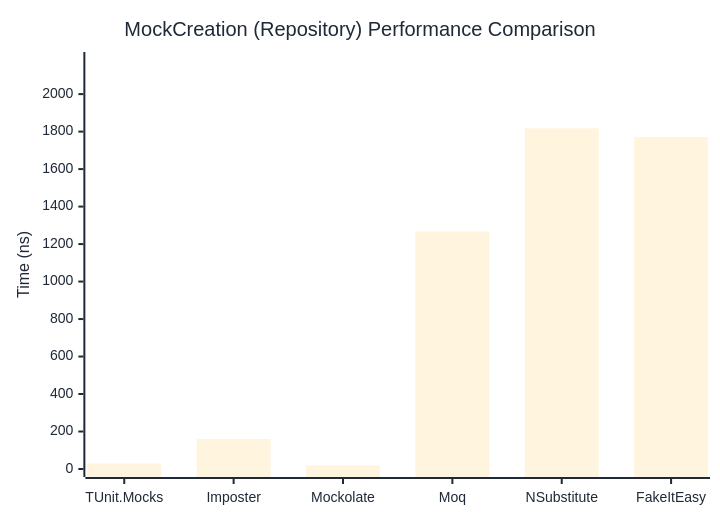
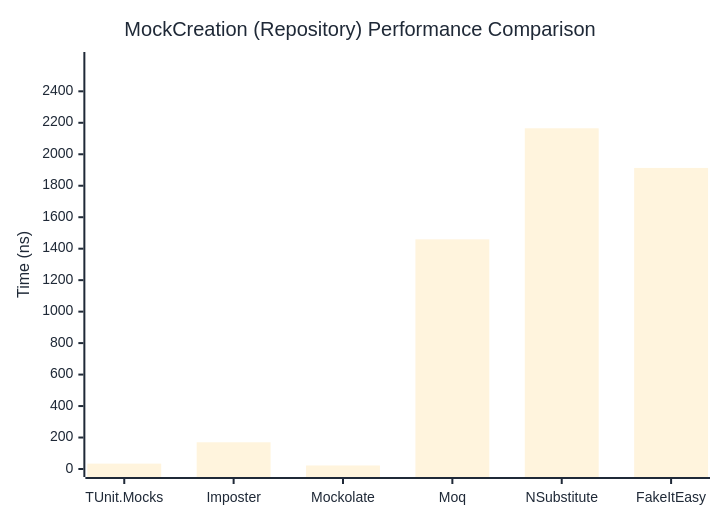
The second of 2 diagrams in docs/docs/benchmarks/mocks/MockCreation.md (thomhurst/TUnit), drawn with Mermaid before and after one commit. The commit also changed other lines of this file and 14 other files, not shown here.

````diff
--- a/docs/docs/benchmarks/mocks/MockCreation.md
+++ b/docs/docs/benchmarks/mocks/MockCreation.md
@@ -71,27 +71,27 @@
 ```mermaid
 %%{init: {
   'theme':'base',
   'themeVariables': {
     'primaryColor': '#2563eb',
     'primaryTextColor': '#1f2937',
     'primaryBorderColor': '#1e40af',
     'lineColor': '#6b7280',
     'secondaryColor': '#7c3aed',
     'tertiaryColor': '#dc2626',
     'background': '#ffffff',
     'pie1': '#2563eb',
     'pie2': '#7c3aed',
     'pie3': '#dc2626',
     'pie4': '#f59e0b',
     'pie5': '#10b981',
     'pie6': '#06b6d4',
     'pie7': '#ec4899',
     'pie8': '#6366f1'
   }
 }}%%
 xychart-beta
   title "MockCreation (Repository) Performance Comparison"
   x-axis ["TUnit.Mocks", "Imposter", "Mockolate", "Moq", "NSubstitute", "FakeItEasy"]
-  y-axis "Time (ns)" 0 --> 2182
-  bar [29.65, 160.07, 18.97, 1267.32, 1817.61, 1771.1]
+  y-axis "Time (ns)" 0 --> 2599
+  bar [34.21, 169.8, 22.34, 1459.49, 2165.1, 1913.1]
 ```
````
